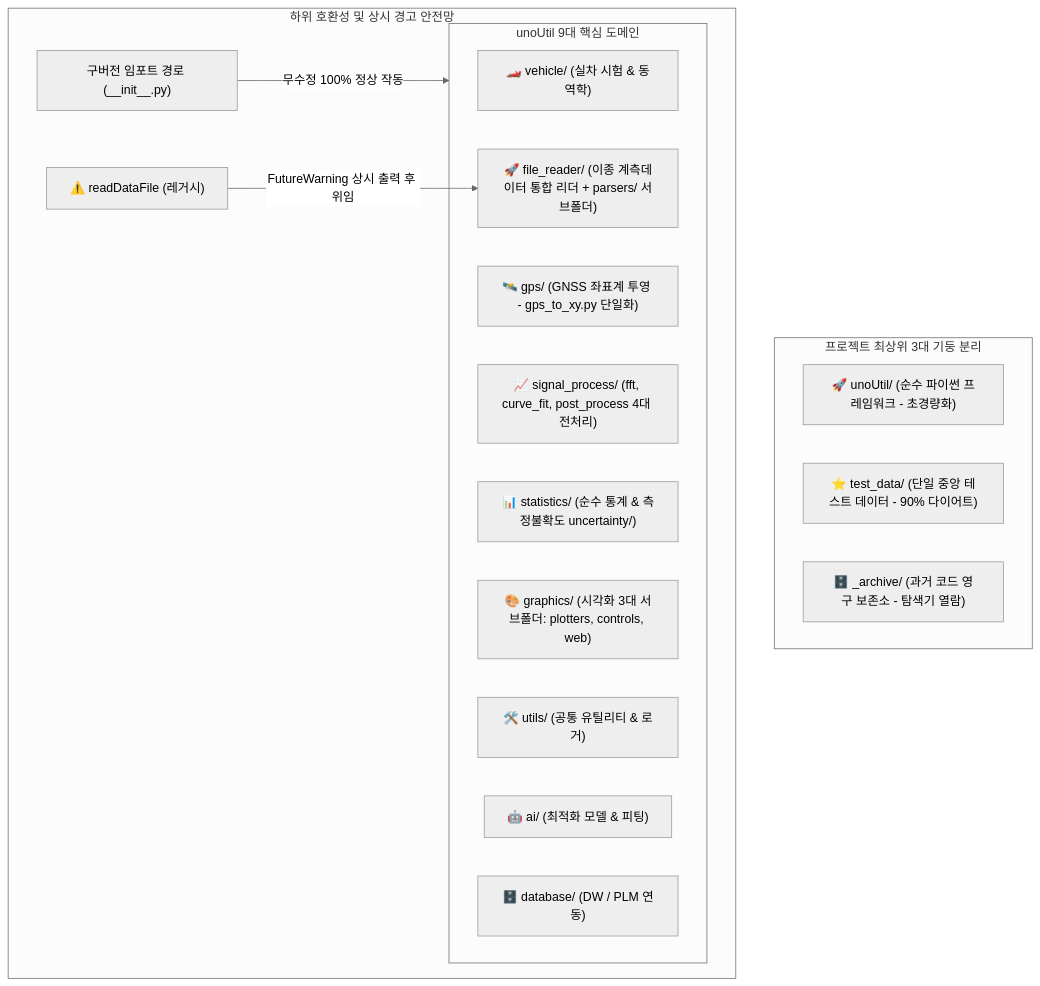
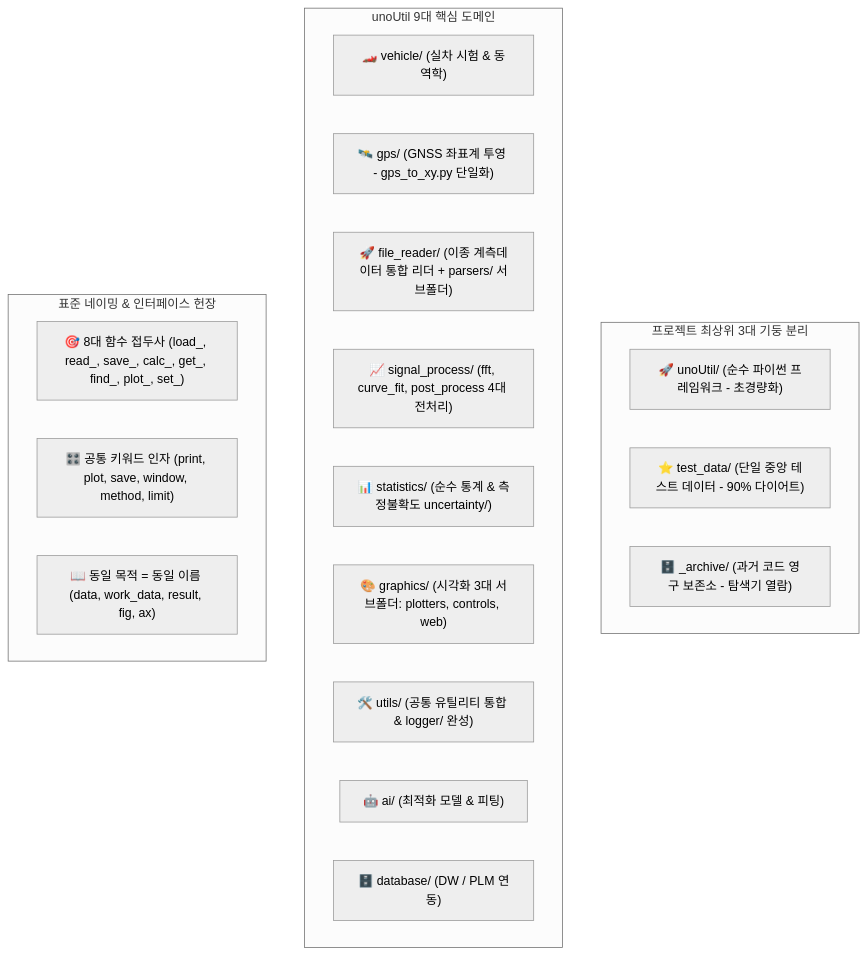
The diagram in 02_Projects/회사_업무/20_unoUtil_모듈개발/UNOUTIL_ARCHITECTURE.md (uunnooo/00_obsidian), drawn with Mermaid (neutral theme) before and after one commit. The commit also changed other lines of this file and 10 other files, not shown here.

````diff
--- a/02_Projects/회사_업무/20_unoUtil_모듈개발/UNOUTIL_ARCHITECTURE.md
+++ b/02_Projects/회사_업무/20_unoUtil_모듈개발/UNOUTIL_ARCHITECTURE.md
@@ -12,25 +12,26 @@
 ```mermaid
 flowchart TD
     subgraph Storage_Isolation [프로젝트 최상위 3대 기둥 분리]
         P_CODE["🚀 unoUtil/ (순수 파이썬 프레임워크 - 초경량화)"]
         T_DATA["⭐ test_data/ (단일 중앙 테스트 데이터 - 90% 다이어트)"]
         ARCH["🗄️ _archive/ (과거 코드 영구 보존소 - 탐색기 열람)"]
     end
 
     subgraph Core_Domains [unoUtil 9대 핵심 도메인]
         V["🏎️ vehicle/ (실차 시험 & 동역학)"]
         G["🛰️ gps/ (GNSS 좌표계 투영 - gps_to_xy.py 단일화)"]
         FR["🚀 file_reader/ (이종 계측데이터 통합 리더 + parsers/ 서브폴더)"]
         SP["📈 signal_process/ (fft, curve_fit, post_process 4대 전처리)"]
         ST["📊 statistics/ (순수 통계 & 측정불확도 uncertainty/)"]
         GR["🎨 graphics/ (시각화 3대 서브폴더: plotters, controls, web)"]
-        UT["🛠️ utils/ (공통 유틸리티 & 로거)"]
+        UT["🛠️ utils/ (공통 유틸리티 통합 & logger/ 완성)"]
         AI["🤖 ai/ (최적화 모델 & 피팅)"]
         DB["🗄️ database/ (DW / PLM 연동)"]
     end
 
-    subgraph Safety_Layer [하위 호환성 및 상시 경고 안전망]
-        RDF["⚠️ readDataFile (레거시)"] -->|FutureWarning 상시 출력 후 위임| FR
-        OLD["구버전 임포트 경로 (__init__.py)"] -->|무수정 100% 정상 작동| Core_Domains
+    subgraph Standard_Conventions [표준 네이밍 & 인터페이스 헌장]
+        VERB["🎯 8대 함수 접두사 (load_, read_, save_, calc_, get_, find_, plot_, set_)"]
+        KWARG["🎛️ 공통 키워드 인자 (print, plot, save, window, method, limit)"]
+        VAR["📖 동일 목적 = 동일 이름 (data, work_data, result, fig, ax)"]
     end
 ```
````
